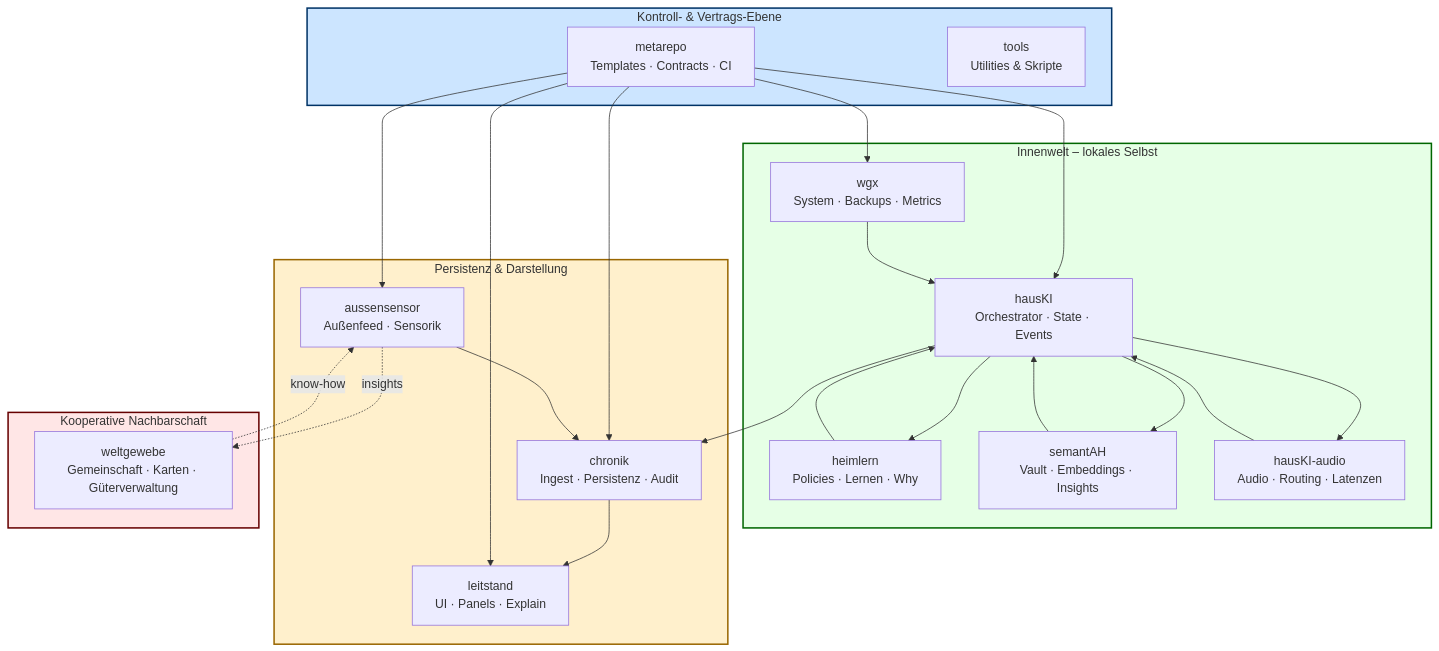
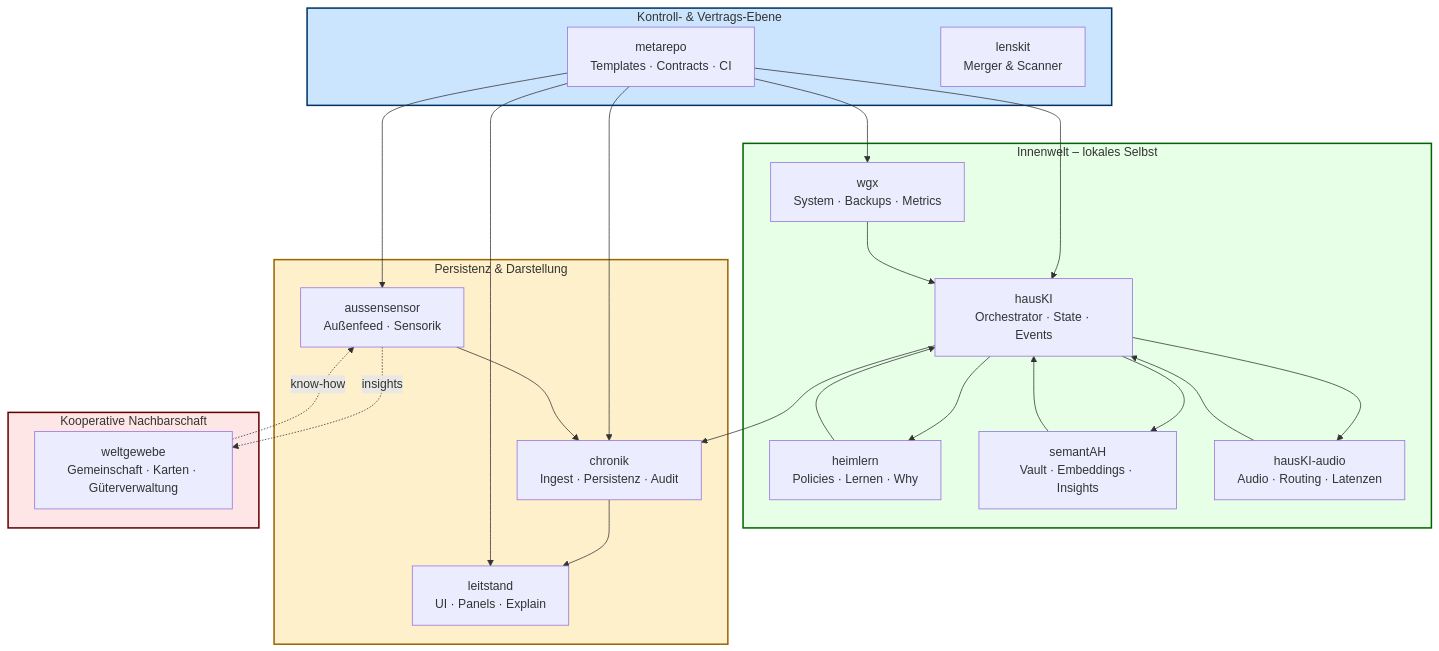
Before and after one commit to heimgewebe/metarepo: the diagram in docs/system/heimgewebe-architektur.mmd, drawn with Mermaid. The commit also changed 24 other files, not shown here.

````diff
--- a/docs/system/heimgewebe-architektur.mmd
+++ b/docs/system/heimgewebe-architektur.mmd
@@ -1,50 +1,50 @@
 ```mermaid
 graph TD
     subgraph META["Kontroll- & Vertrags-Ebene"]
         M[metarepo<br/>Templates · Contracts · CI]
-        T[tools<br/>Utilities & Skripte]
+        T[lenskit<br/>Merger & Scanner]
     end
 
     subgraph INNEN["Innenwelt – lokales Selbst"]
         WGX[wgx<br/>System · Backups · Metrics]
         HKI[hausKI<br/>Orchestrator · State · Events]
         HLA[heimlern<br/>Policies · Lernen · Why]
         SEM[semantAH<br/>Vault · Embeddings · Insights]
         AUD[hausKI-audio<br/>Audio · Routing · Latenzen]
     end
 
     subgraph VIS["Persistenz & Darstellung"]
         CHRONIK[chronik<br/>Ingest · Persistenz · Audit]
         LST[leitstand<br/>UI · Panels · Explain]
         CHRONIK --> LST
         AUS[aussensensor<br/>Außenfeed · Sensorik]
     end
 
     subgraph AUSSEN["Kooperative Nachbarschaft"]
         WELT[weltgewebe<br/>Gemeinschaft · Karten · Güterverwaltung]
     end
 
     M --> WGX
     M --> HKI
     M --> CHRONIK
     M --> LST
     M --> AUS
 
     WGX --> HKI
     HKI --> HLA
     HKI --> CHRONIK
     HKI --> SEM
     HKI --> AUD
     HLA --> HKI
     SEM --> HKI
     AUD --> HKI
 
     AUS --> CHRONIK
     WELT -. know-how .-> AUS
     AUS -. insights .-> WELT
 
     style META fill:#cce5ff,stroke:#003366,stroke-width:2px
     style INNEN fill:#e6ffe6,stroke:#006600,stroke-width:2px
     style VIS fill:#fff0cc,stroke:#996600,stroke-width:2px
     style AUSSEN fill:#ffe6e6,stroke:#660000,stroke-width:2px
 ```
````
